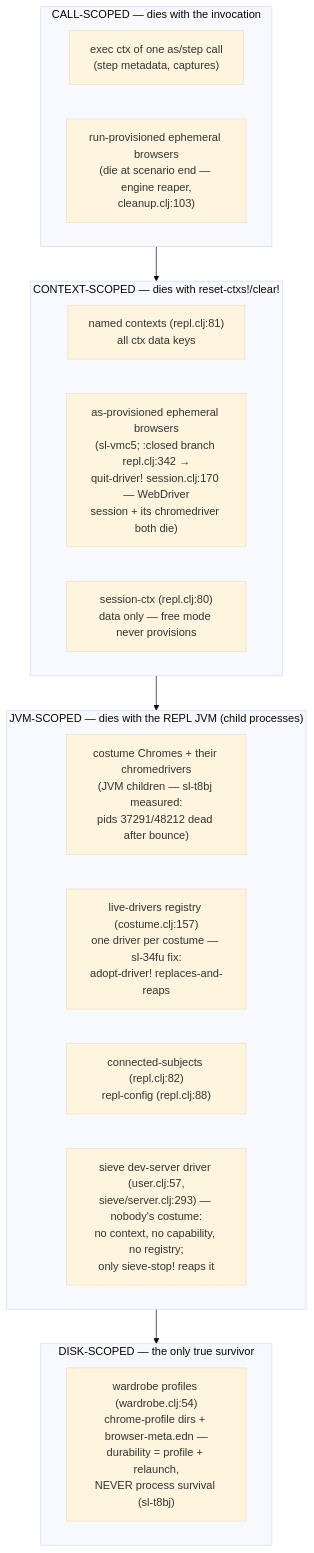
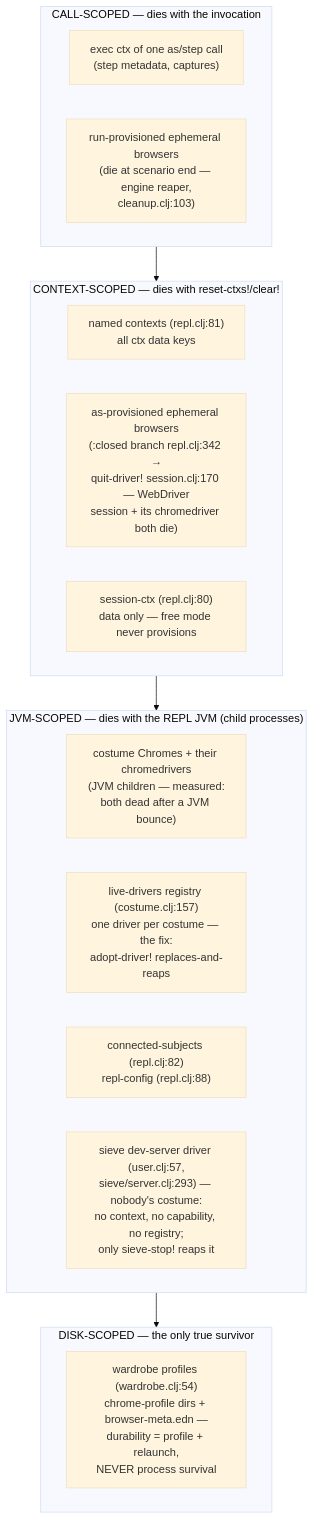
The first of 2 diagrams in docs/architecture/repl-lifetimes.md (SHIFT-LEFTER/shiftlefter), drawn with Mermaid (base theme) before and after one commit. The commit also changed other lines of this file and 127 other files, not shown here.

Commit message:
Release v0.5.6 - Never lie after the run: error-class contract, observation-carrying polls, generated architecture pages

````diff
--- a/docs/architecture/repl-lifetimes.md
+++ b/docs/architecture/repl-lifetimes.md
@@ -78,22 +83,22 @@
 ```mermaid
 graph TB
     subgraph CALL["CALL-SCOPED — dies with the invocation"]
         EXECCTX["exec ctx of one as/step call<br/>(step metadata, captures)"]
         RUNEPH["run-provisioned ephemeral browsers<br/>(die at scenario end — engine reaper,<br/>cleanup.clj:103)"]
     end
     subgraph CTX["CONTEXT-SCOPED — dies with reset-ctxs!/clear!"]
         NAMED["named contexts (repl.clj:81)<br/>all ctx data keys"]
-        ASEPH["as-provisioned ephemeral browsers<br/>(sl-vmc5; :closed branch repl.clj:342 →<br/>quit-driver! session.clj:170 — WebDriver<br/>session + its chromedriver both die)"]
+        ASEPH["as-provisioned ephemeral browsers<br/>(:closed branch repl.clj:342 →<br/>quit-driver! session.clj:170 — WebDriver<br/>session + its chromedriver both die)"]
         SESS["session-ctx (repl.clj:80)<br/>data only — free mode never provisions"]
     end
     subgraph JVM["JVM-SCOPED — dies with the REPL JVM (child processes)"]
-        COSTCHROME["costume Chromes + their chromedrivers<br/>(JVM children — sl-t8bj measured:<br/>pids 37291/48212 dead after bounce)"]
-        REG["live-drivers registry (costume.clj:157)<br/>one driver per costume — sl-34fu fix:<br/>adopt-driver! replaces-and-reaps"]
+        COSTCHROME["costume Chromes + their chromedrivers<br/>(JVM children — measured:<br/>both dead after a JVM bounce)"]
+        REG["live-drivers registry (costume.clj:157)<br/>one driver per costume — the fix:<br/>adopt-driver! replaces-and-reaps"]
         SUBJ["connected-subjects (repl.clj:82)<br/>repl-config (repl.clj:88)"]
         SIEVE["sieve dev-server driver (user.clj:57,<br/>sieve/server.clj:293) — nobody's costume:<br/>no context, no capability, no registry;<br/>only sieve-stop! reaps it"]
     end
     subgraph DISK["DISK-SCOPED — the only true survivor"]
-        WARD["wardrobe profiles (wardrobe.clj:54)<br/>chrome-profile dirs + browser-meta.edn —<br/>durability = profile + relaunch,<br/>NEVER process survival (sl-t8bj)"]
+        WARD["wardrobe profiles (wardrobe.clj:54)<br/>chrome-profile dirs + browser-meta.edn —<br/>durability = profile + relaunch,<br/>NEVER process survival"]
     end
     CALL --> CTX --> JVM --> DISK
 ```
````
